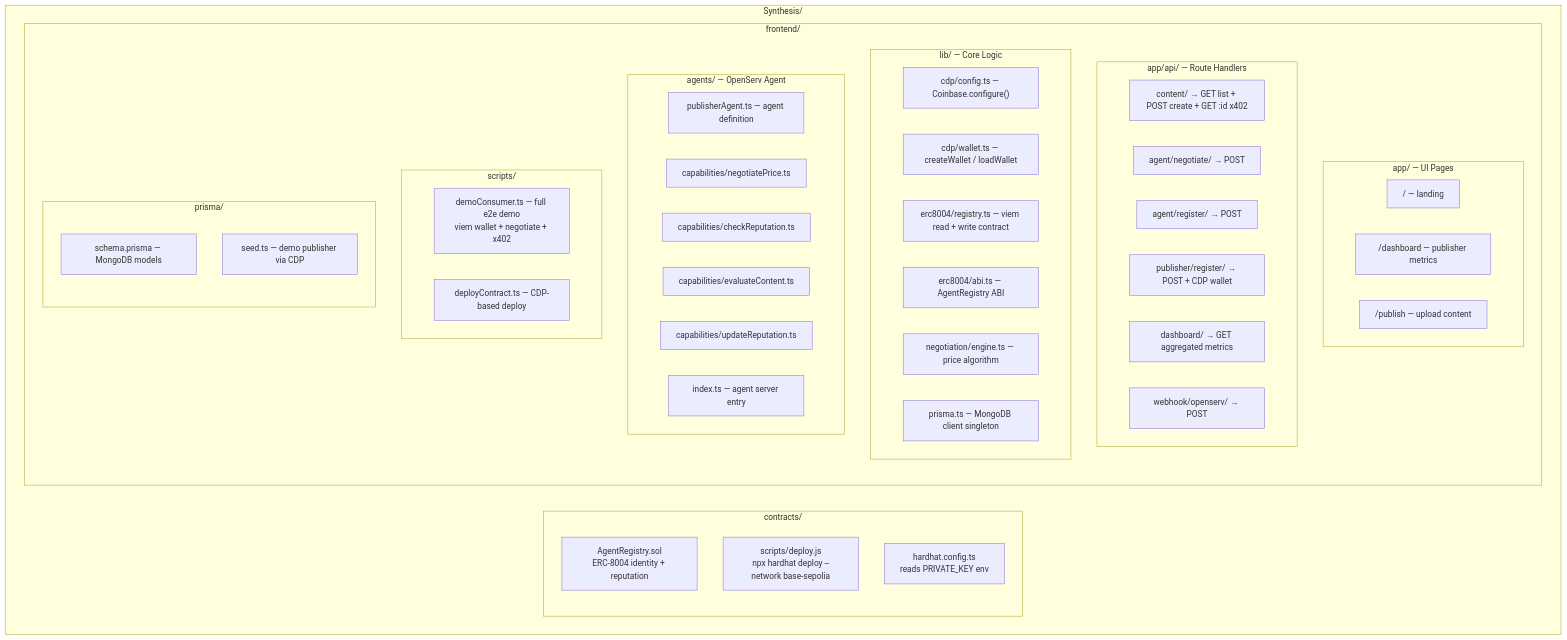
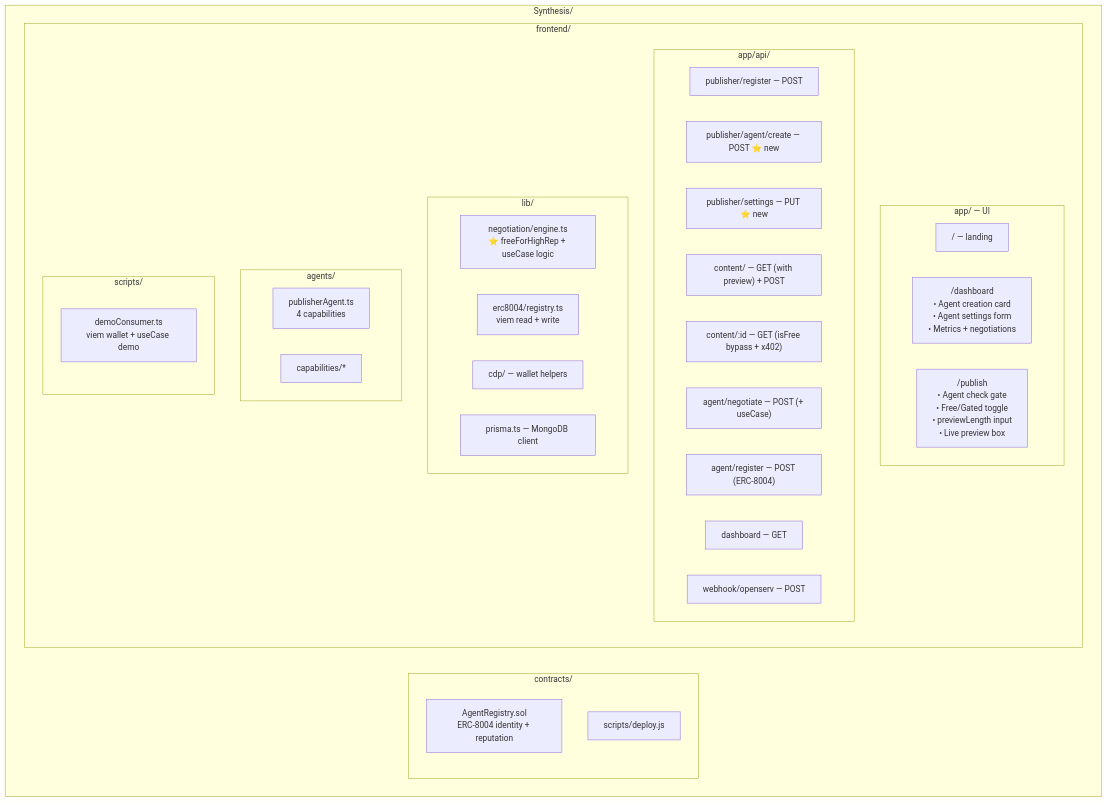
The ninth of 10 diagrams in workflow.md (sumithprabhu/Synthesis), drawn with Mermaid before and after one commit. The commit also changed other lines of this file and 11 other files, not shown here.

````diff
--- a/workflow.md
+++ b/workflow.md
@@ -327,55 +430,45 @@
 ```mermaid
 graph TD
     subgraph Root["Synthesis/"]
         subgraph Contracts["contracts/"]
             SOL["AgentRegistry.sol\nERC-8004 identity + reputation"]
-            DJ["scripts/deploy.js\nnpx hardhat deploy --network base-sepolia"]
-            HC["hardhat.config.ts\nreads PRIVATE_KEY env"]
+            DJ["scripts/deploy.js"]
         end
 
         subgraph FE["frontend/"]
-            subgraph Pages["app/ — UI Pages"]
+            subgraph Pages["app/ — UI"]
                 PG1["/ — landing"]
-                PG2["/dashboard — publisher metrics"]
-                PG3["/publish — upload content"]
+                PG2["/dashboard\n• Agent creation card\n• Agent settings form\n• Metrics + negotiations"]
+                PG3["/publish\n• Agent check gate\n• Free/Gated toggle\n• previewLength input\n• Live preview box"]
             end
 
-            subgraph Routes["app/api/ — Route Handlers"]
-                RT1["content/ → GET list + POST create + GET :id x402"]
-                RT2["agent/negotiate/ → POST"]
-                RT3["agent/register/ → POST"]
-                RT4["publisher/register/ → POST + CDP wallet"]
-                RT5["dashboard/ → GET aggregated metrics"]
-                RT6["webhook/openserv/ → POST"]
+            subgraph Routes["app/api/"]
+                RT1["publisher/register — POST"]
+                RT2["publisher/agent/create — POST ⭐ new"]
+                RT3["publisher/settings — PUT ⭐ new"]
+                RT4["content/ — GET (with preview) + POST"]
+                RT5["content/:id — GET (isFree bypass + x402)"]
+                RT6["agent/negotiate — POST (+ useCase)"]
+                RT7["agent/register — POST (ERC-8004)"]
+                RT8["dashboard — GET"]
+                RT9["webhook/openserv — POST"]
             end
 
-            subgraph Lib["lib/ — Core Logic"]
-                LIB1["cdp/config.ts — Coinbase.configure()"]
-                LIB2["cdp/wallet.ts — createWallet / loadWallet"]
-                LIB3["erc8004/registry.ts — viem read + write contract"]
-                LIB4["erc8004/abi.ts — AgentRegistry ABI"]
-                LIB5["negotiation/engine.ts — price algorithm"]
-                LIB6["prisma.ts — MongoDB client singleton"]
+            subgraph Lib["lib/"]
+                LIB1["negotiation/engine.ts\n⭐ freeForHighRep + useCase logic"]
+                LIB2["erc8004/registry.ts\nviem read + write"]
+                LIB3["cdp/ — wallet helpers"]
+                LIB4["prisma.ts — MongoDB client"]
             end
 
-            subgraph Agents["agents/ — OpenServ Agent"]
-                AG1["publisherAgent.ts — agent definition"]
-                AG2["capabilities/negotiatePrice.ts"]
-                AG3["capabilities/checkReputation.ts"]
-                AG4["capabilities/evaluateContent.ts"]
-                AG5["capabilities/updateReputation.ts"]
-                AG6["index.ts — agent server entry"]
+            subgraph Agents["agents/"]
+                AG1["publisherAgent.ts\n4 capabilities"]
+                AG2["capabilities/*"]
             end
 
             subgraph Scripts["scripts/"]
-                SC1["demoConsumer.ts — full e2e demo\nviem wallet + negotiate + x402"]
-                SC2["deployContract.ts — CDP-based deploy"]
-            end
-
-            subgraph DB["prisma/"]
-                DB1["schema.prisma — MongoDB models"]
-                DB2["seed.ts — demo publisher via CDP"]
+                SC1["demoConsumer.ts\nviem wallet + useCase demo"]
             end
         end
     end
 ```
````
